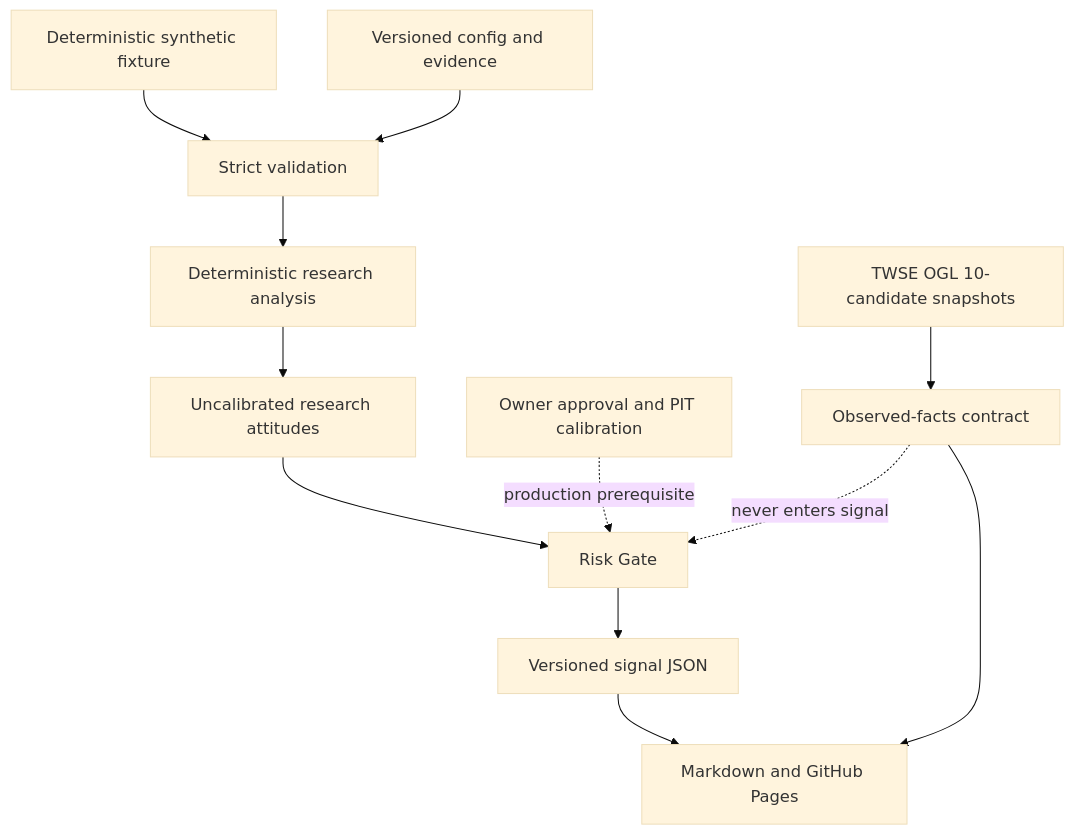
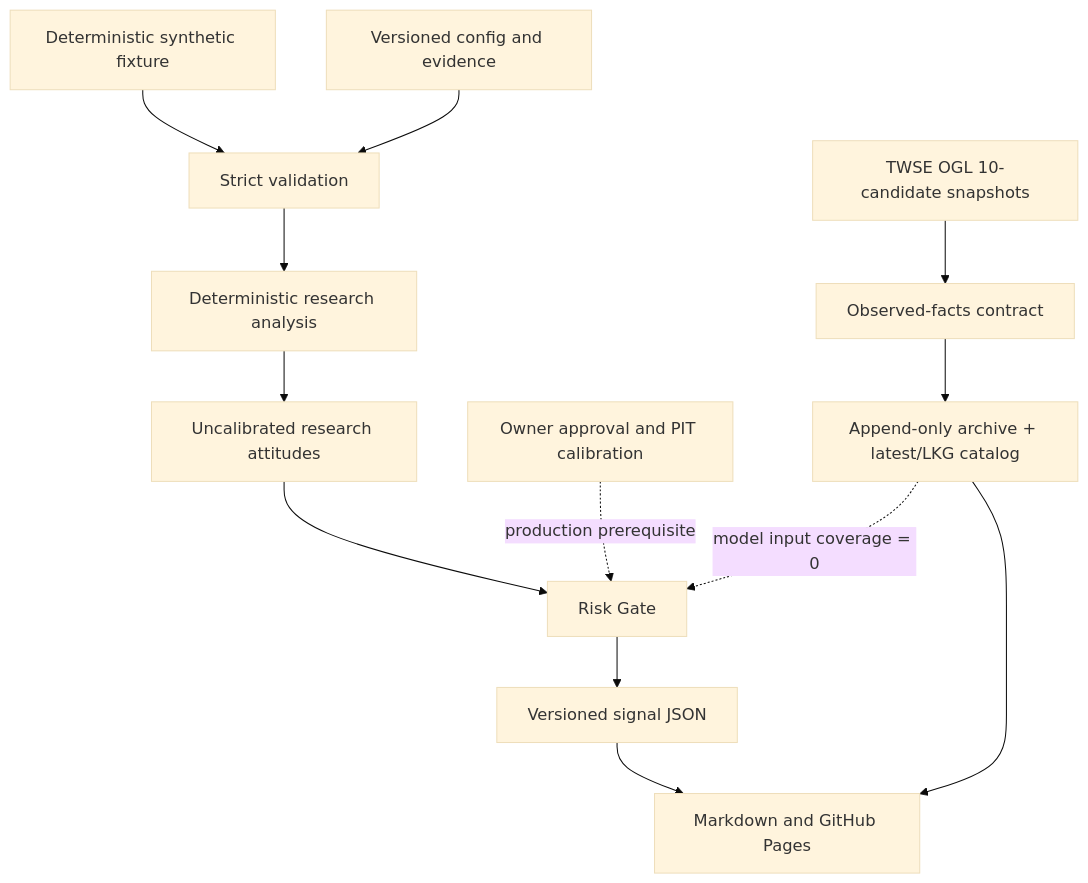
One commit to trionnemesis/StockmarketAgent changed the diagram in README.md. Above: the diagram before and after it, drawn with Mermaid (base theme). The commit also changed other lines of this file and 22 other files, not shown here.

````diff
--- a/README.md
+++ b/README.md
@@ -37,14 +46,15 @@
 ```mermaid
 flowchart TD
   F[Deterministic synthetic fixture] --> V[Strict validation]
   C[Versioned config and evidence] --> V
   V --> A[Deterministic research analysis]
   A --> R[Uncalibrated research attitudes]
   R --> G[Risk Gate]
   P[Owner approval and PIT calibration] -. production prerequisite .-> G
   G --> J[Versioned signal JSON]
   J --> O[Markdown and GitHub Pages]
   T[TWSE OGL 10-candidate snapshots] --> Q[Observed-facts contract]
-  Q --> O
-  Q -. never enters signal .-> G
+  Q --> H[Append-only archive + latest/LKG catalog]
+  H --> O
+  H -. model input coverage = 0 .-> G
 ```
````
